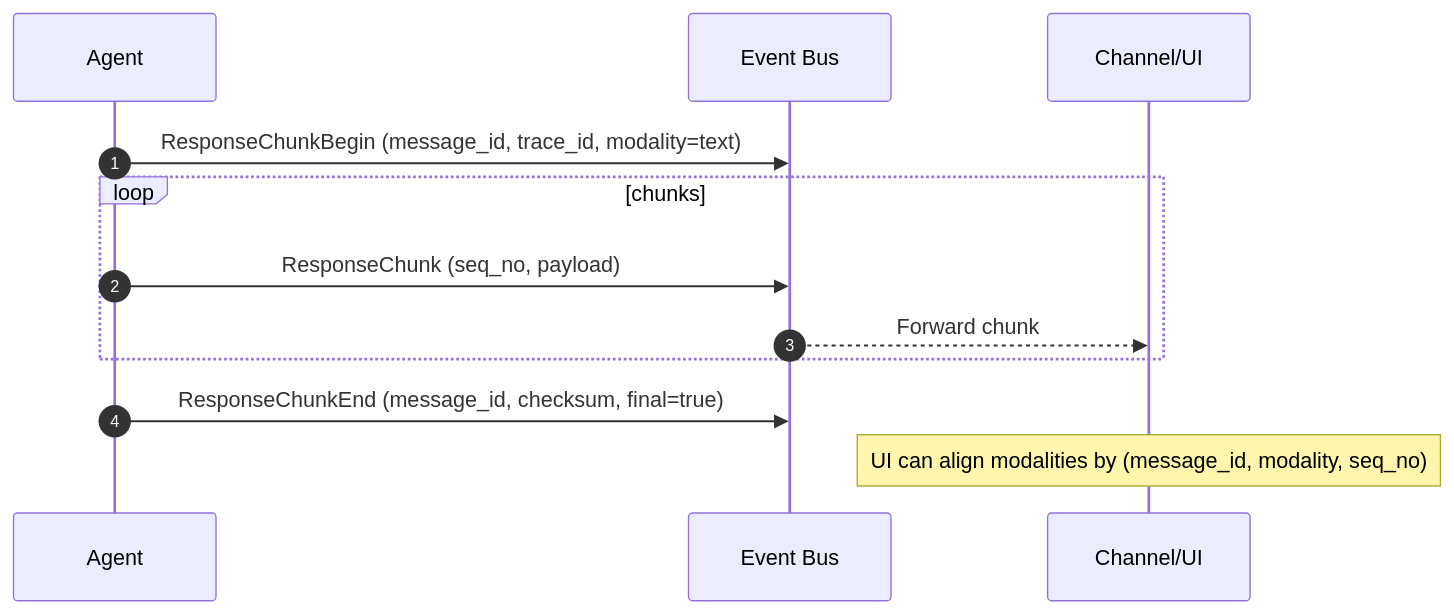
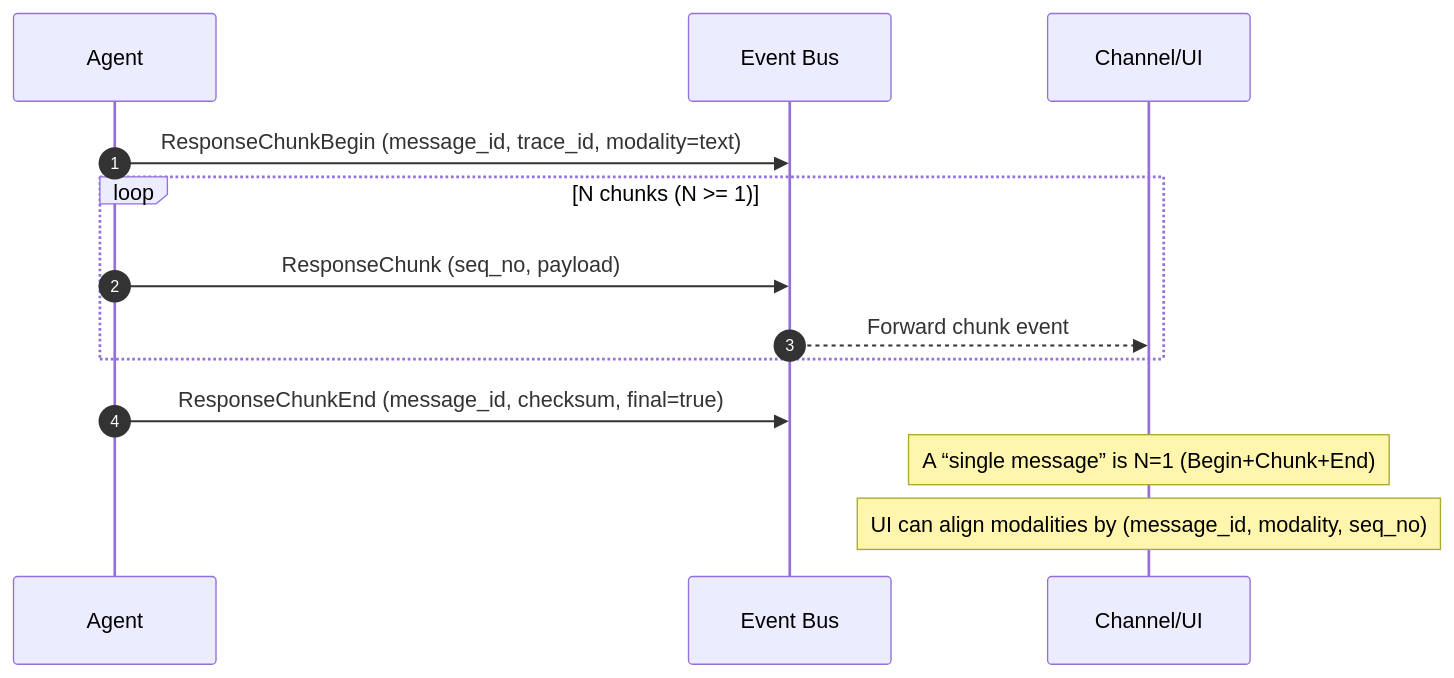
One commit to figielf/swarm_of_agents_2 changed the second of 2 diagrams in design/diagrams/03_streaming_chunks.md. Above: the diagram before and after it, drawn with Mermaid. The commit also changed other lines of this file and 1 other file, not shown here.

````diff
--- a/design/diagrams/03_streaming_chunks.md
+++ b/design/diagrams/03_streaming_chunks.md
@@ -24,16 +32,17 @@
 ```mermaid
 sequenceDiagram
   autonumber
   participant Agent
   participant Bus as Event Bus
   participant UI as Channel/UI
 
   Agent->>Bus: ResponseChunkBegin (message_id, trace_id, modality=text)
-  loop chunks
+  loop N chunks (N >= 1)
     Agent->>Bus: ResponseChunk (seq_no, payload)
-    Bus-->>UI: Forward chunk
+    Bus-->>UI: Forward chunk event
   end
   Agent->>Bus: ResponseChunkEnd (message_id, checksum, final=true)
 
+  Note over UI: A “single message” is N=1 (Begin+Chunk+End)
   Note over UI: UI can align modalities by (message_id, modality, seq_no)
 ```
````
